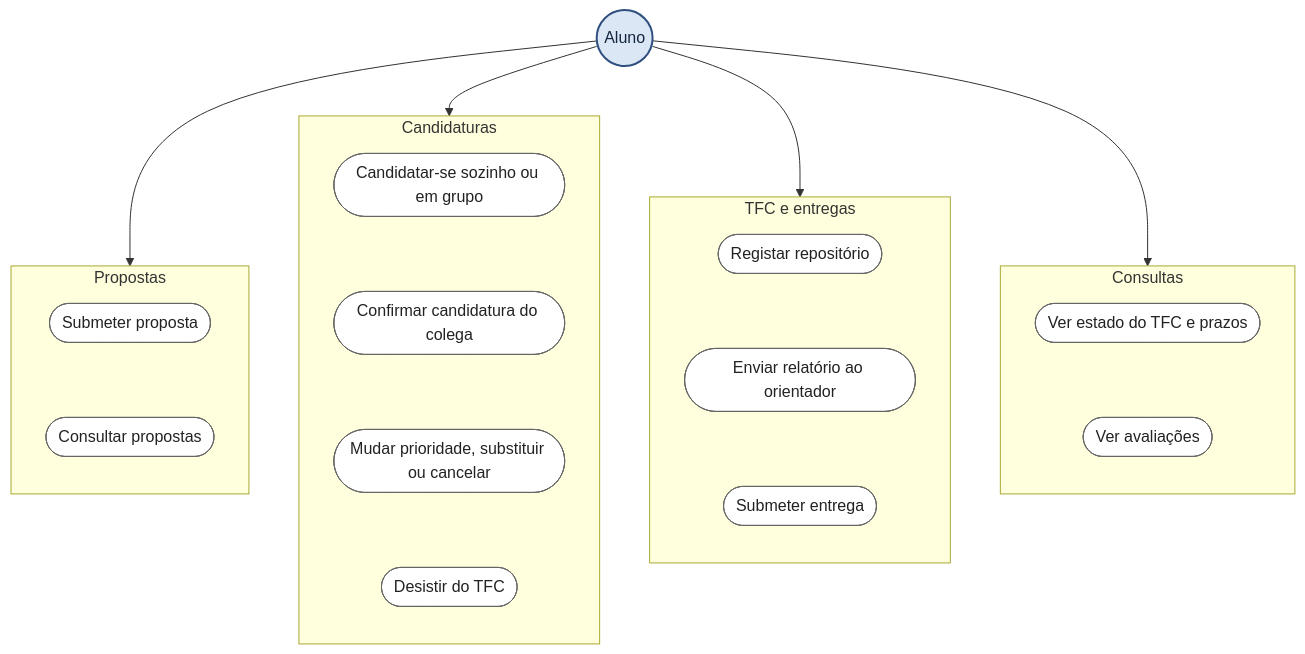
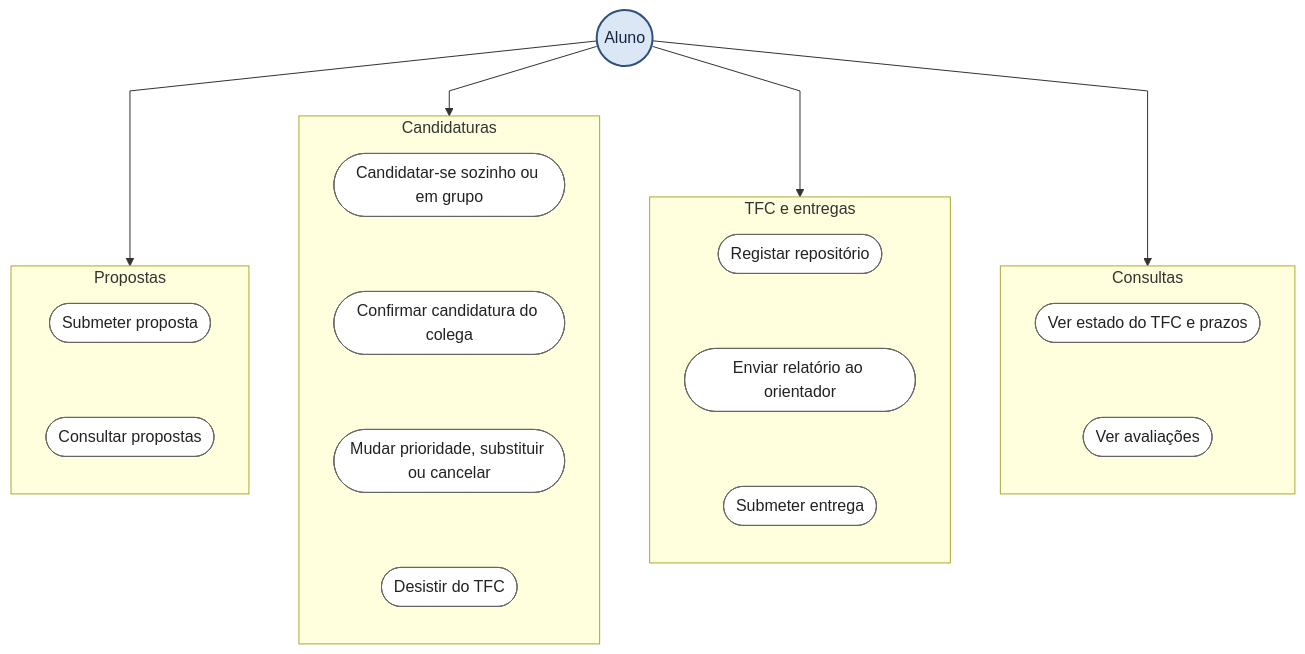
One commit to ULHT-TFC-new/tfc-reporting-DEISI2256 changed the second of 11 diagrams in docs/05_casos_de_uso.md. Above: the diagram before and after it, drawn with Mermaid. The commit also changed other lines of this file, not shown here.

````diff
--- a/docs/05_casos_de_uso.md
+++ b/docs/05_casos_de_uso.md
@@ -76,37 +77,38 @@
 ```mermaid
+%%{init: {"flowchart": {"curve": "linear"}}}%%
 flowchart TB
     classDef ator fill:#dbe7f5,stroke:#2f4f7f,stroke-width:2px,color:#13253f
     classDef uc fill:#ffffff,stroke:#666,color:#222
     A(("Aluno")):::ator
     subgraph P2["Propostas"]
         direction TB
         a1(["Submeter proposta"]):::uc
         a2(["Consultar propostas"]):::uc
         a1 ~~~ a2
     end
     subgraph P3["Candidaturas"]
         direction TB
         a3(["Candidatar-se sozinho ou em grupo"]):::uc
         a4(["Confirmar candidatura do colega"]):::uc
         a5(["Mudar prioridade, substituir ou cancelar"]):::uc
         a6(["Desistir do TFC"]):::uc
         a3 ~~~ a4 ~~~ a5 ~~~ a6
     end
     subgraph P5["TFC e entregas"]
         direction TB
         a7(["Registar repositório"]):::uc
         a8(["Enviar relatório ao orientador"]):::uc
         a9(["Submeter entrega"]):::uc
         a7 ~~~ a8 ~~~ a9
     end
     subgraph P9["Consultas"]
         direction TB
         a10(["Ver estado do TFC e prazos"]):::uc
         a11(["Ver avaliações"]):::uc
         a10 ~~~ a11
     end
     A --> P2
     A --> P3
     A --> P5
     A --> P9
 ```
````
